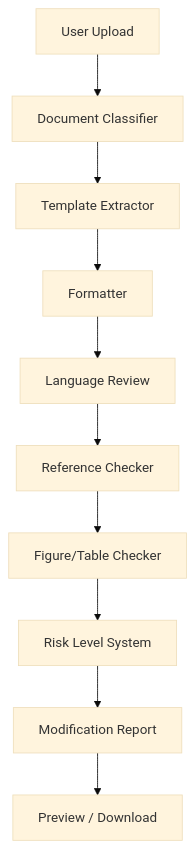
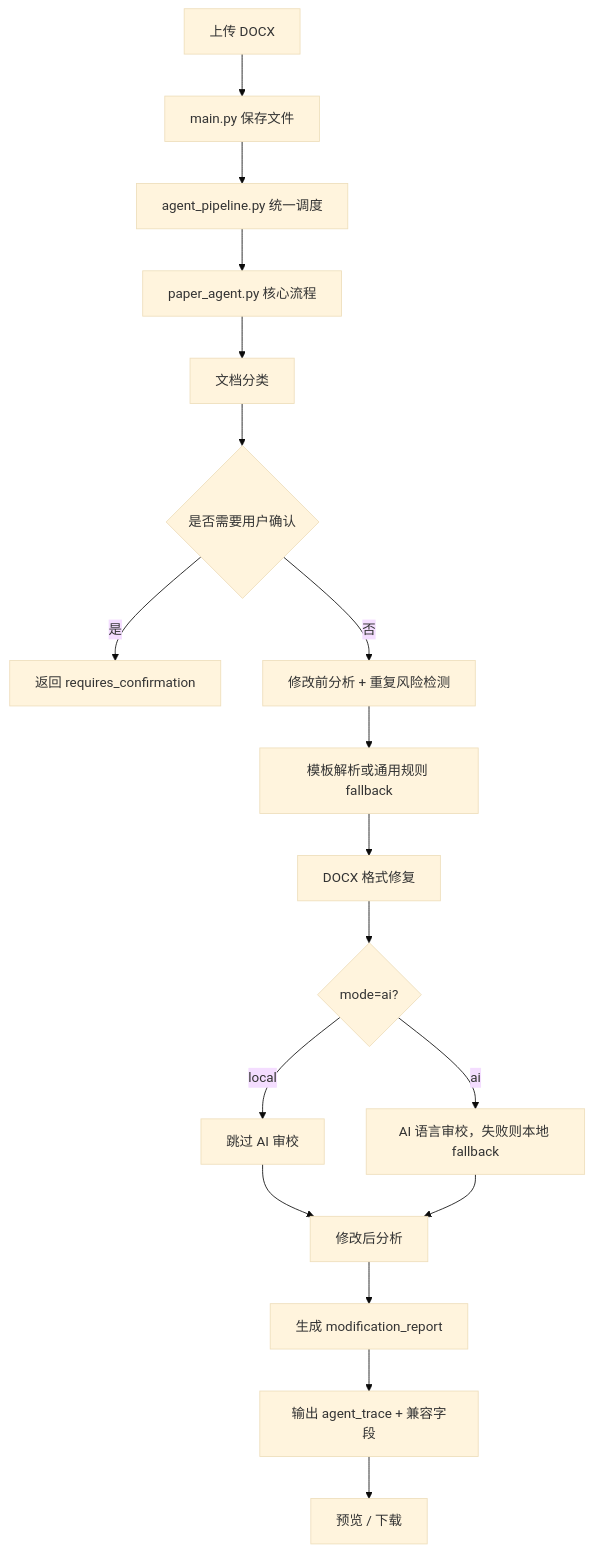
Before and after one commit to AKl2781/ai-paper-format-agent: the diagram in README.md, drawn with Mermaid (base theme). The commit also changed other lines of this file and 10 other files, not shown here.

Commit message:
feat: add agent pipeline trace and polish internship demo docs

````diff
--- a/README.md
+++ b/README.md
@@ -50,12 +68,20 @@
 ```mermaid
 flowchart TD
-    A["User Upload"] --> B["Document Classifier"]
-    B --> C["Template Extractor"]
-    C --> D["Formatter"]
-    D --> E["Language Review"]
-    E --> F["Reference Checker"]
-    F --> G["Figure/Table Checker"]
-    G --> H["Risk Level System"]
-    H --> I["Modification Report"]
-    I --> J["Preview / Download"]
+    A["上传 DOCX"] --> B["main.py 保存文件"]
+    B --> C["agent_pipeline.py 统一调度"]
+    C --> D["paper_agent.py 核心流程"]
+    D --> E["文档分类"]
+    E --> F{"是否需要用户确认"}
+    F -->|是| G["返回 requires_confirmation"]
+    F -->|否| H["修改前分析 + 重复风险检测"]
+    H --> I["模板解析或通用规则 fallback"]
+    I --> J["DOCX 格式修复"]
+    J --> K{"mode=ai?"}
+    K -->|local| L["跳过 AI 审校"]
+    K -->|ai| M["AI 语言审校，失败则本地 fallback"]
+    L --> N["修改后分析"]
+    M --> N
+    N --> O["生成 modification_report"]
+    O --> P["输出 agent_trace + 兼容字段"]
+    P --> Q["预览 / 下载"]
 ```
````
